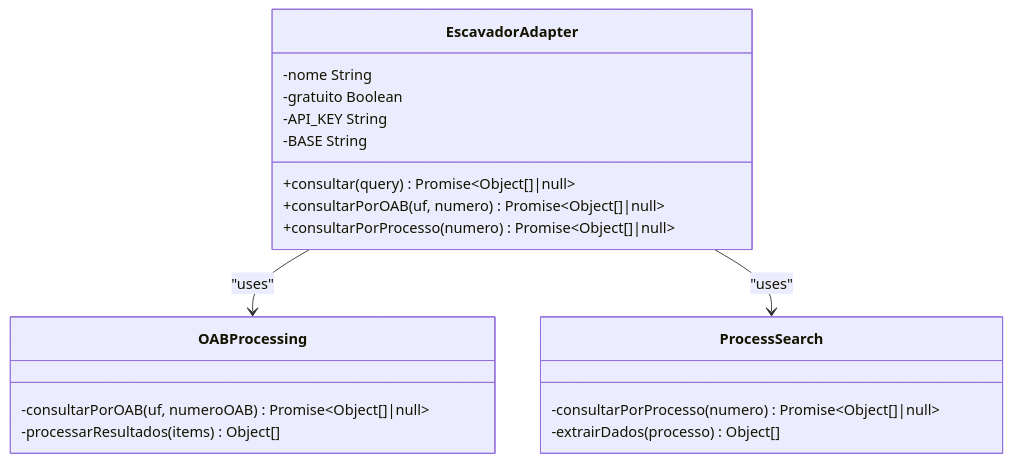
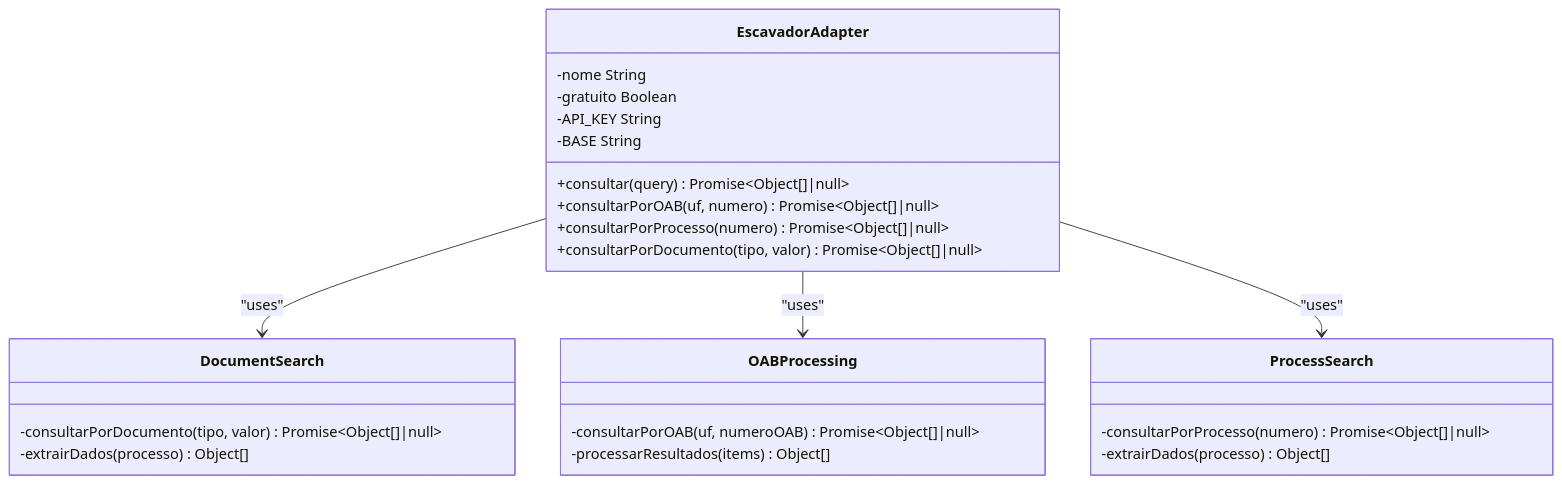
One commit to Alexandrexicara/bot-processos changed the fourth of 17 diagrams in .qoder/repowiki/en/content/API Integration Layer/API Integration Layer.md. Above: the diagram before and after it, drawn with Mermaid. The commit also changed other lines of this file and 3 other files, not shown here.

````diff
--- a/.qoder/repowiki/en/content/API Integration Layer/API Integration Layer.md
+++ b/.qoder/repowiki/en/content/API Integration Layer/API Integration Layer.md
@@ -264,22 +267,28 @@
 ```mermaid
 classDiagram
 class EscavadorAdapter {
 +consultar(query) Promise~Object[]|null~
 +consultarPorOAB(uf, numero) Promise~Object[]|null~
 +consultarPorProcesso(numero) Promise~Object[]|null~
++consultarPorDocumento(tipo, valor) Promise~Object[]|null~
 -nome String
 -gratuito Boolean
 -API_KEY String
 -BASE String
+}
+class DocumentSearch {
+-consultarPorDocumento(tipo, valor) Promise~Object[]|null~
+-extrairDados(processo) Object[]
 }
 class OABProcessing {
 -consultarPorOAB(uf, numeroOAB) Promise~Object[]|null~
 -processarResultados(items) Object[]
 }
 class ProcessSearch {
 -consultarPorProcesso(numero) Promise~Object[]|null~
 -extrairDados(processo) Object[]
 }
+EscavadorAdapter --> DocumentSearch : "uses"
 EscavadorAdapter --> OABProcessing : "uses"
 EscavadorAdapter --> ProcessSearch : "uses"
 ```
````
